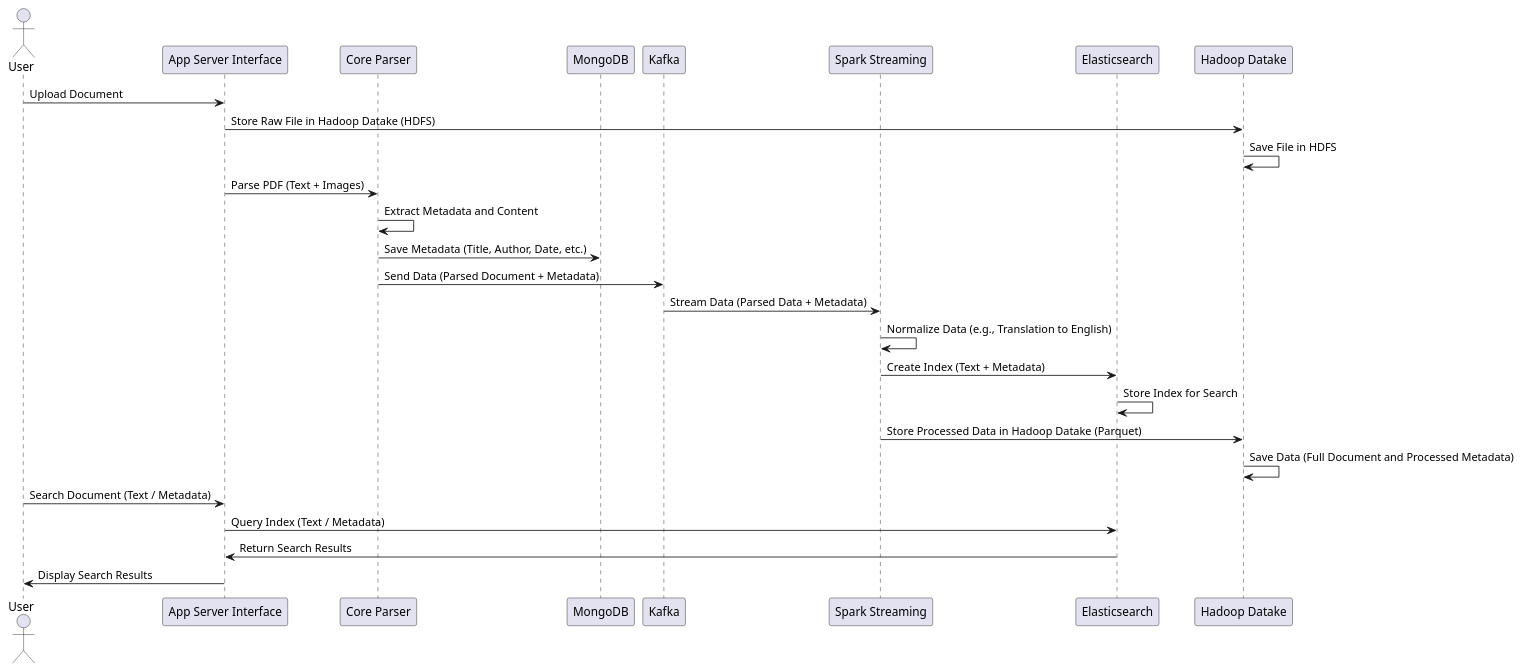
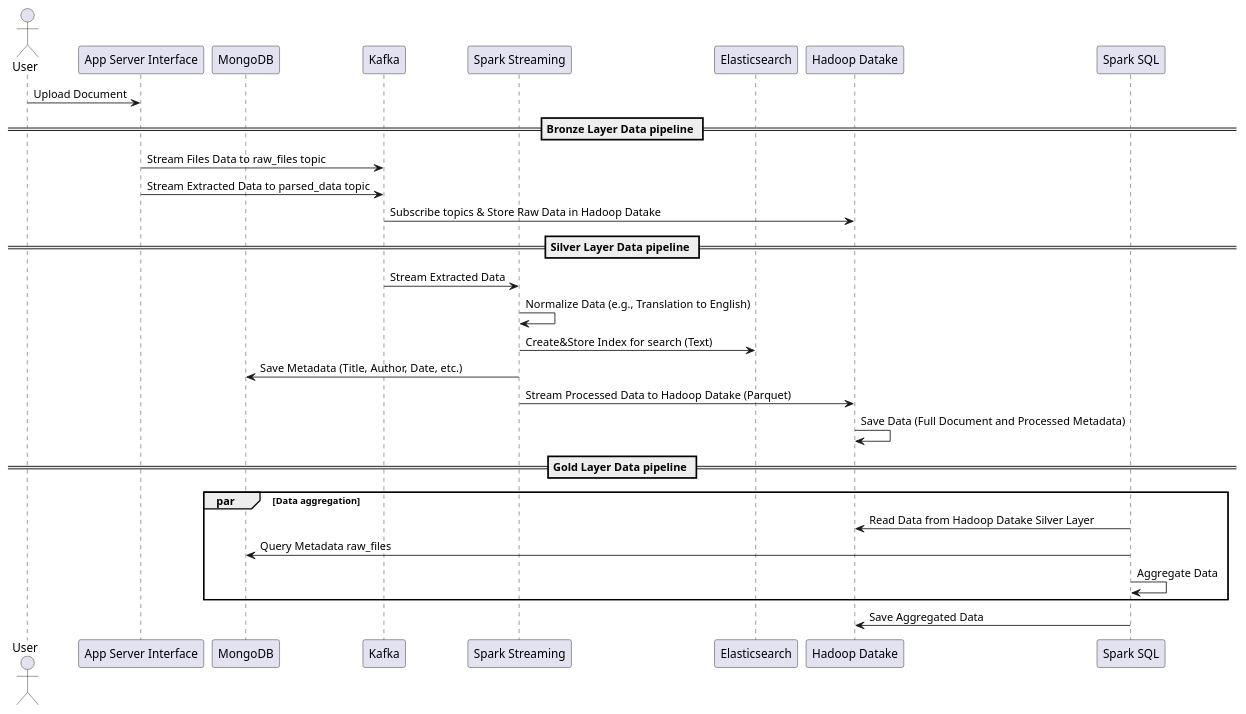
Before and after one commit to tammysensitive2312/SEM_Software_back-end: the diagram in src/main/java/org/example/sem_backend/modules/document_module/document/Data_flow.puml, drawn with PlantUML. The commit also changed 6 other files, not shown here.

```diff
--- a/src/main/java/org/example/sem_backend/modules/document_module/document/Data_flow.puml
+++ b/src/main/java/org/example/sem_backend/modules/document_module/document/Data_flow.puml
@@ -1,31 +4,30 @@
 @startuml
 actor User
 participant "App Server Interface" as AppServer
-participant "Core Parser" as CoreParser
 participant "MongoDB" as MongoDB
 participant "Kafka" as Kafka
 participant "Spark Streaming" as SparkStreaming
 participant "Elasticsearch" as Elasticsearch
 participant "Hadoop Datake" as Datake
+participant "Spark SQL" as SparkSQL
 
 User -> AppServer: Upload Document
-AppServer -> Datake: Store Raw File in Hadoop Datake (HDFS)
-Datake -> Datake: Save File in HDFS
-
-AppServer -> CoreParser: Parse PDF (Text + Images)
-CoreParser -> CoreParser: Extract Metadata and Content
-CoreParser -> MongoDB: Save Metadata (Title, Author, Date, etc.)
-CoreParser -> Kafka: Send Data (Parsed Document + Metadata)
-Kafka -> SparkStreaming: Stream Data (Parsed Data + Metadata)
+== Bronze Layer Data pipeline ==
+AppServer -> Kafka : Stream Files Data to raw_files topic
+AppServer -> Kafka : Stream Extracted Data to parsed_data topic
+Kafka -> Datake: Subscribe topics & Store Raw Data in Hadoop Datake
+== Silver Layer Data pipeline ==
+Kafka -> SparkStreaming: Stream Extracted Data
 SparkStreaming -> SparkStreaming: Normalize Data (e.g., Translation to English)
-SparkStreaming -> Elasticsearch: Create Index (Text + Metadata)
-Elasticsearch -> Elasticsearch: Store Index for Search
-SparkStreaming -> Datake: Store Processed Data in Hadoop Datake (Parquet)
+SparkStreaming -> Elasticsearch: Create&Store Index for search (Text)
+SparkStreaming -> MongoDB: Save Metadata (Title, Author, Date, etc.)
+SparkStreaming -> Datake: Stream Processed Data to Hadoop Datake (Parquet)
 Datake -> Datake: Save Data (Full Document and Processed Metadata)
-
-User -> AppServer: Search Document (Text / Metadata)
-AppServer -> Elasticsearch: Query Index (Text / Metadata)
-Elasticsearch -> AppServer: Return Search Results
-AppServer -> User: Display Search Results
-
+== Gold Layer Data pipeline ==
+par Data aggregation
+    SparkSQL -> Datake: Read Data from Hadoop Datake Silver Layer
+    SparkSQL -> MongoDB: Query Metadata raw_files
+    SparkSQL -> SparkSQL : Aggregate Data
+end
+SparkSQL -> Datake: Save Aggregated Data
 @enduml
```
